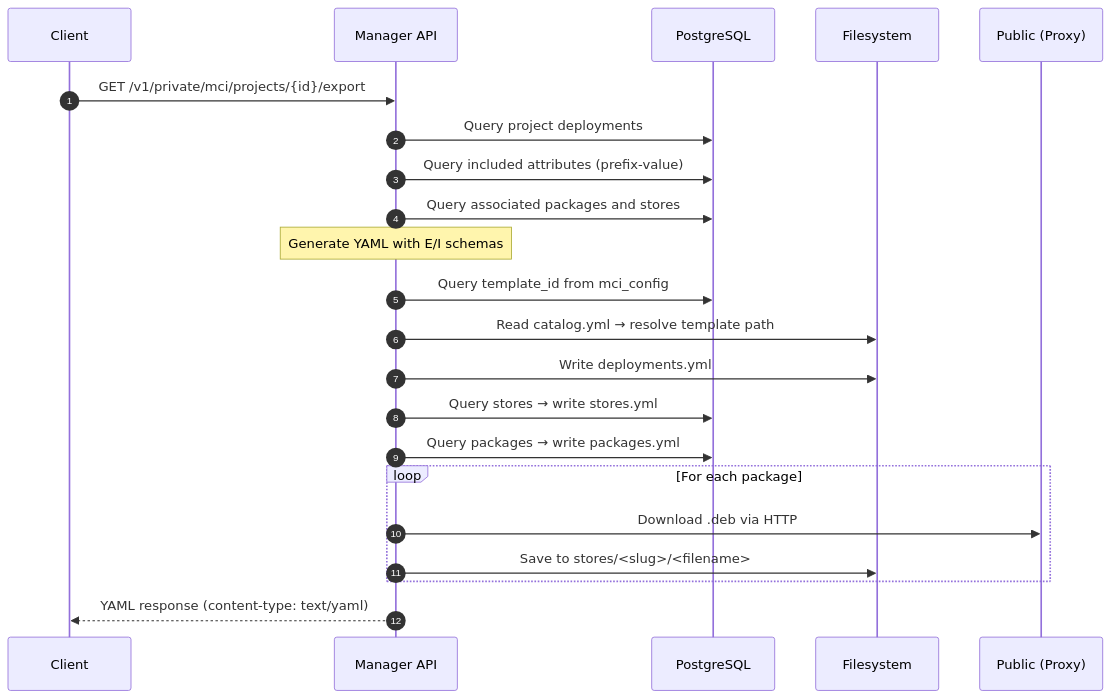
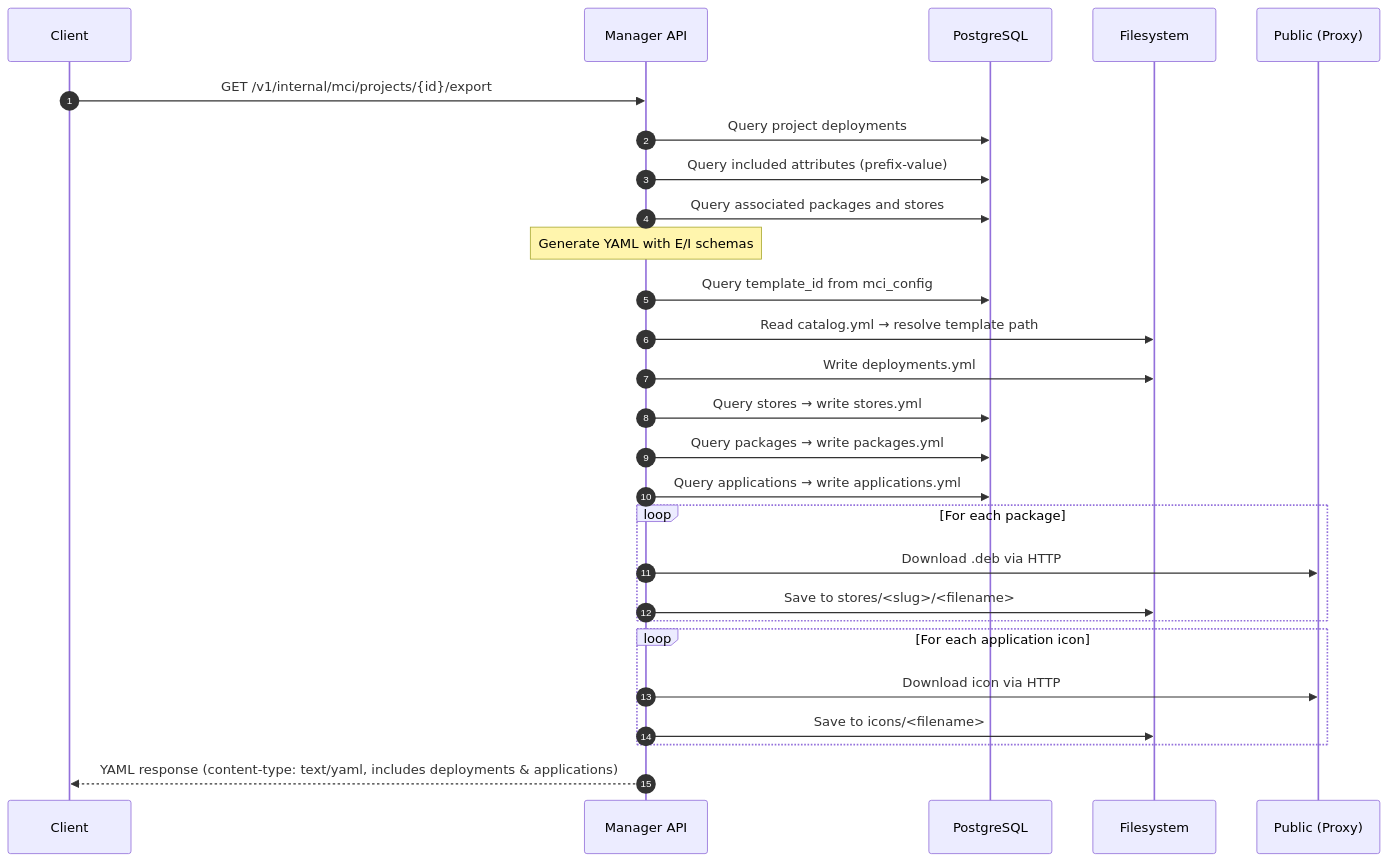
The first of 3 diagrams in doc/explanation/mci-deployments.md (migasfree/migasfree-swarm), drawn with Mermaid before and after one commit. The commit also changed other lines of this file and 4 other files, not shown here.

First line of the commit message:
feat(manager): support application catalog export and import in MCI templates

````diff
--- a/doc/explanation/mci-deployments.md
+++ b/doc/explanation/mci-deployments.md
@@ -50,30 +53,36 @@
 ```mermaid
 sequenceDiagram
     autonumber
     participant C as Client
     participant M as Manager API
     participant DB as PostgreSQL
     participant FS as Filesystem
     participant PUB as Public (Proxy)
 
-    C->>M: GET /v1/private/mci/projects/{id}/export
+    C->>M: GET /v1/internal/mci/projects/{id}/export
     M->>DB: Query project deployments
     M->>DB: Query included attributes (prefix-value)
     M->>DB: Query associated packages and stores
 
     Note over M: Generate YAML with E/I schemas
 
     M->>DB: Query template_id from mci_config
     M->>FS: Read catalog.yml → resolve template path
 
     M->>FS: Write deployments.yml
     M->>DB: Query stores → write stores.yml
     M->>DB: Query packages → write packages.yml
+    M->>DB: Query applications → write applications.yml
 
     loop For each package
         M->>PUB: Download .deb via HTTP
         M->>FS: Save to stores/<slug>/<filename>
     end
 
-    M-->>C: YAML response (content-type: text/yaml)
+    loop For each application icon
+        M->>PUB: Download icon via HTTP
+        M->>FS: Save to icons/<filename>
+    end
+
+    M-->>C: YAML response (content-type: text/yaml, includes deployments & applications)
 ```
````
